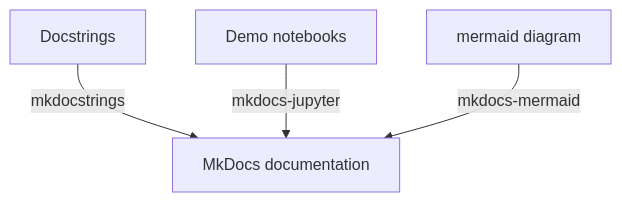
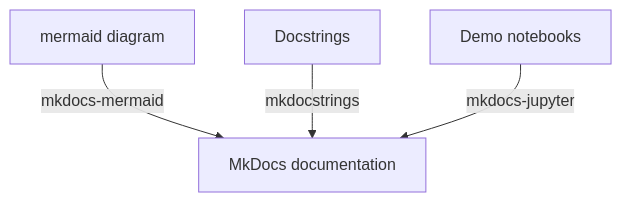
One commit to leowu4ever/MkDocs-template-data-science changed the diagram in README.md. Above: the diagram before and after it, drawn with Mermaid. The commit also changed other lines of this file and 1 other file, not shown here.

````diff
--- a/README.md
+++ b/README.md
@@ -8,12 +8,12 @@
 ```mermaid
 %%{init: {'theme':'default'}}%%
 flowchart
 mermaid[mermaid diagram]
 docstring[Docstrings]
 demo[Demo notebooks]
 doc[MkDocs documentation]
 
+mermaid --mkdocs-mermaid--> doc
 docstring --mkdocstrings--> doc
 demo --mkdocs-jupyter--> doc
-mermaid --mkdocs-mermaid--> doc
 ```
````
